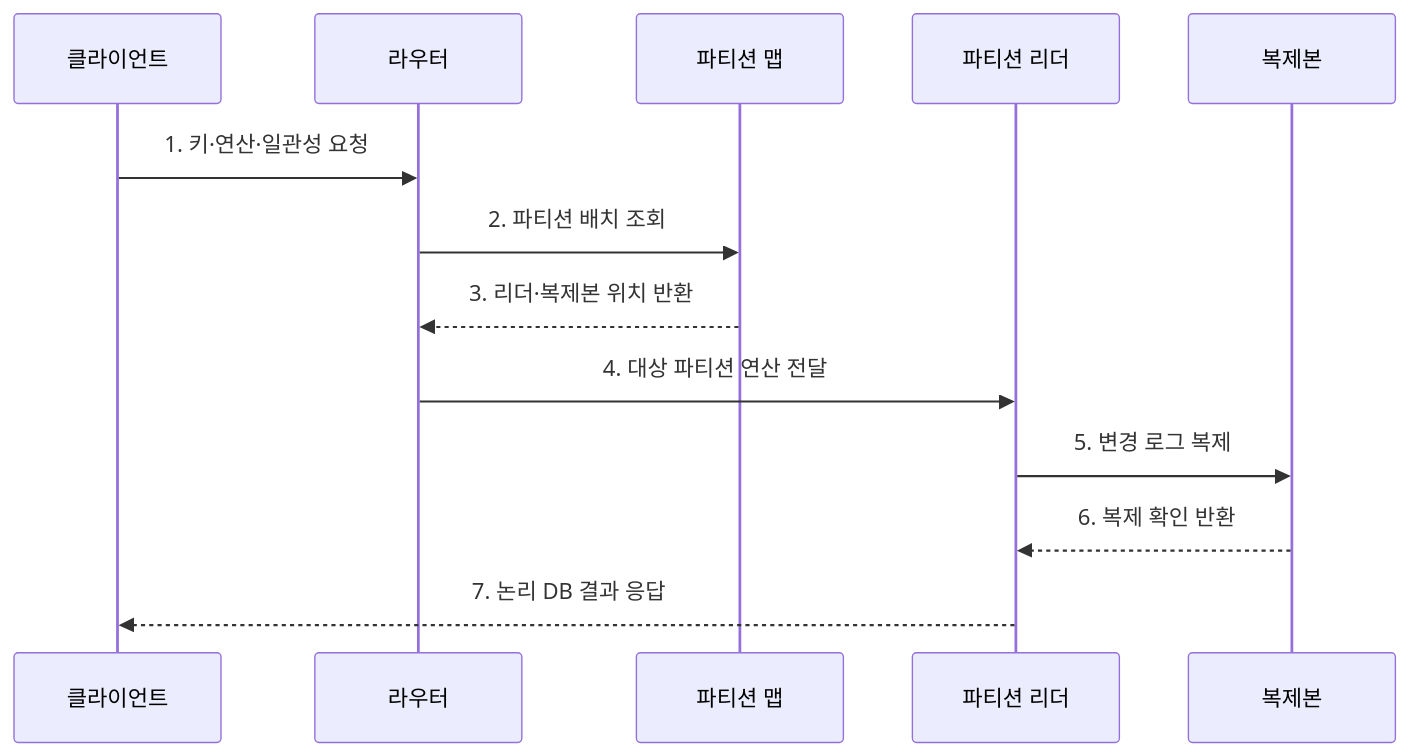
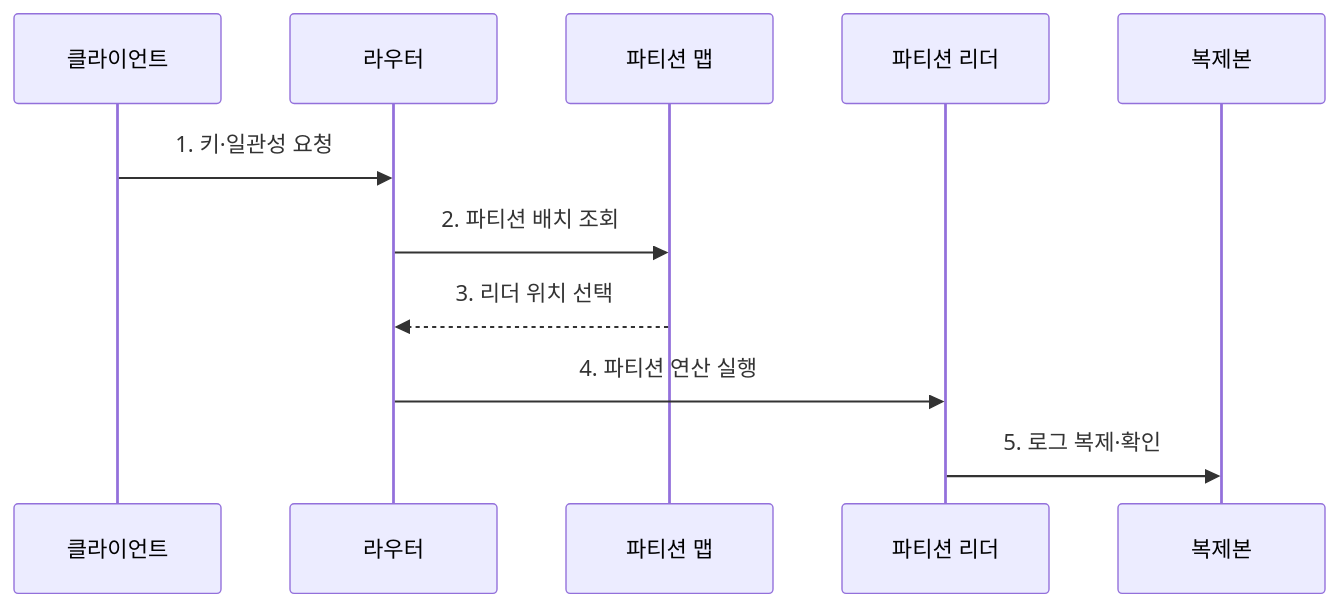
Before and after one commit to agnusdei1207/knowledge-base: the second of 2 diagrams in src/content/docs/notes/03-software/114_distributed_database.md, drawn with Mermaid. The commit also changed other lines of this file and 238 other files, not shown here.

````diff
--- a/src/content/docs/notes/03-software/114_distributed_database.md
+++ b/src/content/docs/notes/03-software/114_distributed_database.md
@@ -79,15 +79,13 @@
 ```mermaid
 sequenceDiagram
     participant C as 클라이언트
     participant R as 라우터
     participant M as 파티션 맵
     participant L as 파티션 리더
     participant F as 복제본
-    C->>R: 1. 키·연산·일관성 요청
+    C->>R: 1. 키·일관성 요청
     R->>M: 2. 파티션 배치 조회
-    M-->>R: 3. 리더·복제본 위치 반환
-    R->>L: 4. 대상 파티션 연산 전달
-    L->>F: 5. 변경 로그 복제
-    F-->>L: 6. 복제 확인 반환
-    L-->>C: 7. 논리 DB 결과 응답
+    M-->>R: 3. 리더 위치 선택
+    R->>L: 4. 파티션 연산 실행
+    L->>F: 5. 로그 복제·확인
 ```
````
